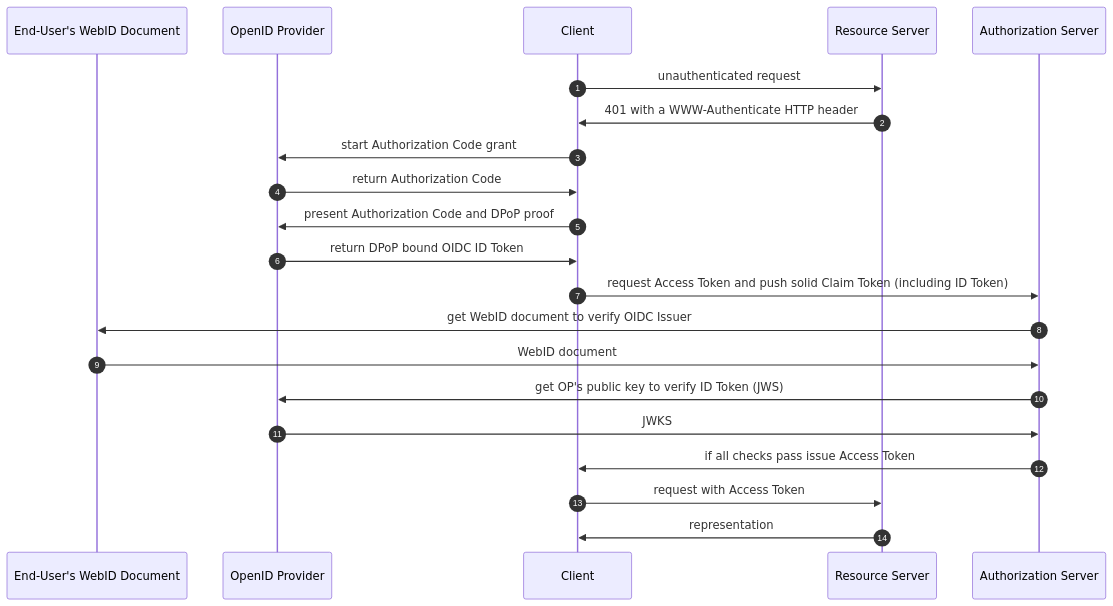
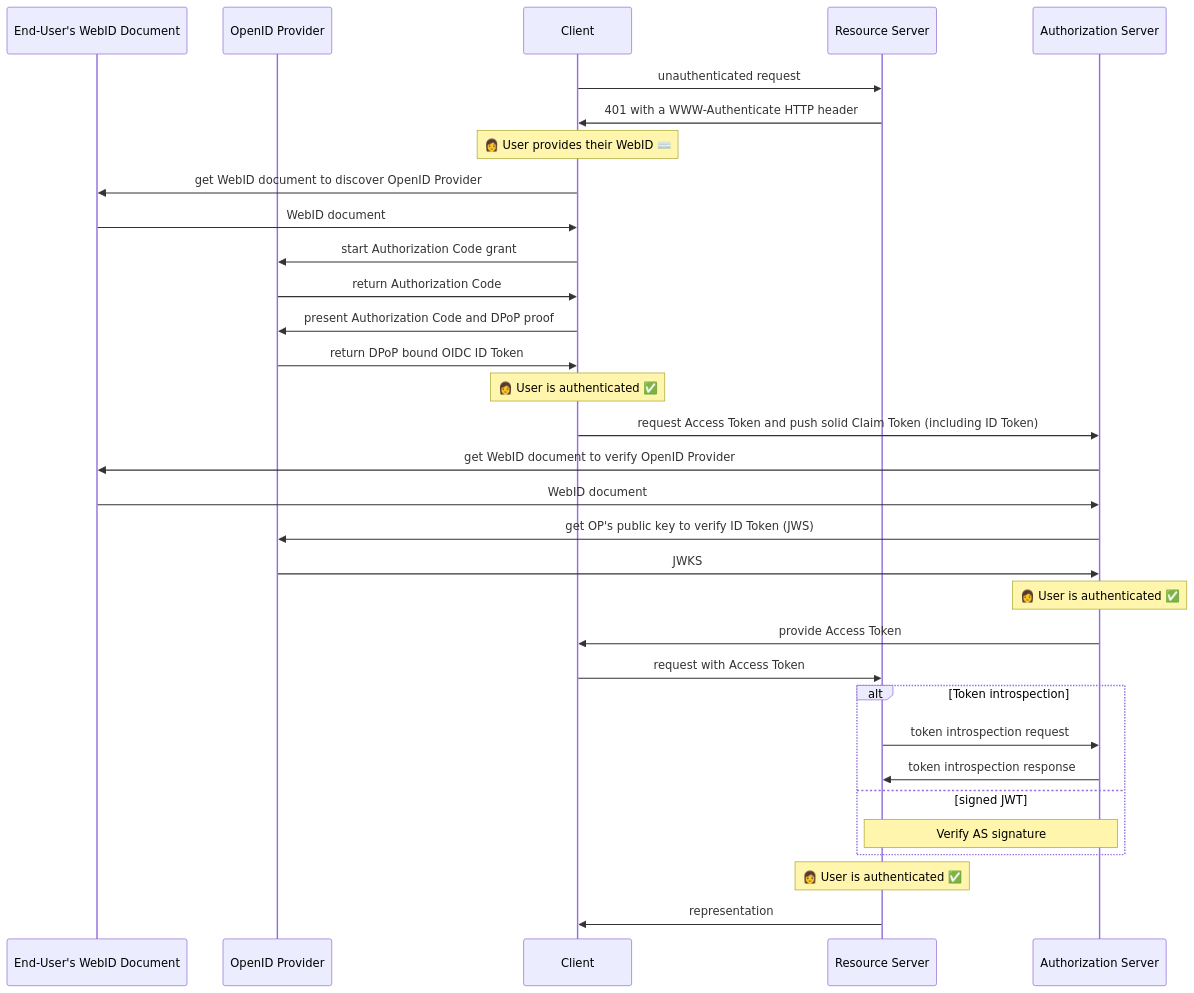
The diagram in sequence.mmd (solid/solid-oidc), drawn with Mermaid before and after one commit.

Commit message:
more detailed sequence diagram

```diff
--- a/sequence.mmd
+++ b/sequence.mmd
@@ -1,21 +1,32 @@
 sequenceDiagram
-  autonumber
   participant WebID as End-User's WebID Document
   participant OP as OpenID Provider
   participant C as Client
   participant RS as Resource Server
   participant AS as Authorization Server
   C ->> RS: unauthenticated request
   RS ->> C: 401 with a WWW-Authenticate HTTP header
+  Note over C: 👩 User provides their WebID ⌨️
+  C ->> WebID: get WebID document to discover OpenID Provider
+  WebID ->> C: WebID document
   C ->> OP: start Authorization Code grant
   OP ->> C: return Authorization Code
   C ->> OP: present Authorization Code and DPoP proof
   OP ->> C: return DPoP bound OIDC ID Token
+  Note over C: 👩 User is authenticated ✅
   C ->> AS: request Access Token and push solid Claim Token (including ID Token)
-  AS ->> WebID: get WebID document to verify OIDC Issuer
+  AS ->> WebID: get WebID document to verify OpenID Provider
   WebID ->> AS: WebID document
   AS ->> OP: get OP's public key to verify ID Token (JWS)
   OP ->> AS: JWKS
-  AS ->> C: if all checks pass issue Access Token
+  Note over AS: 👩 User is authenticated ✅
+  AS ->> C: provide Access Token
   C ->> RS: request with Access Token
+  alt Token introspection
+  RS ->> AS: token introspection request
+  AS ->> RS: token introspection response
+  else signed JWT
+    Note over RS, AS: Verify AS signature
+  end
+  Note over RS: 👩 User is authenticated ✅
   RS ->> C: representation
```
